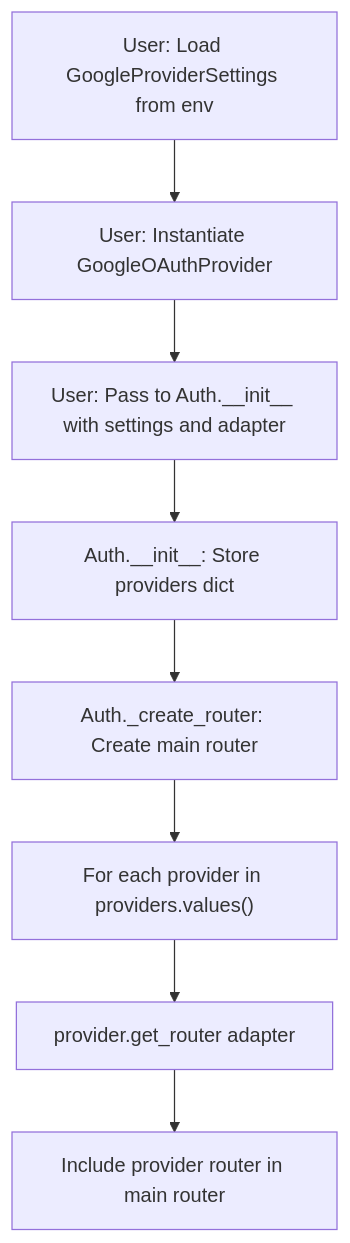
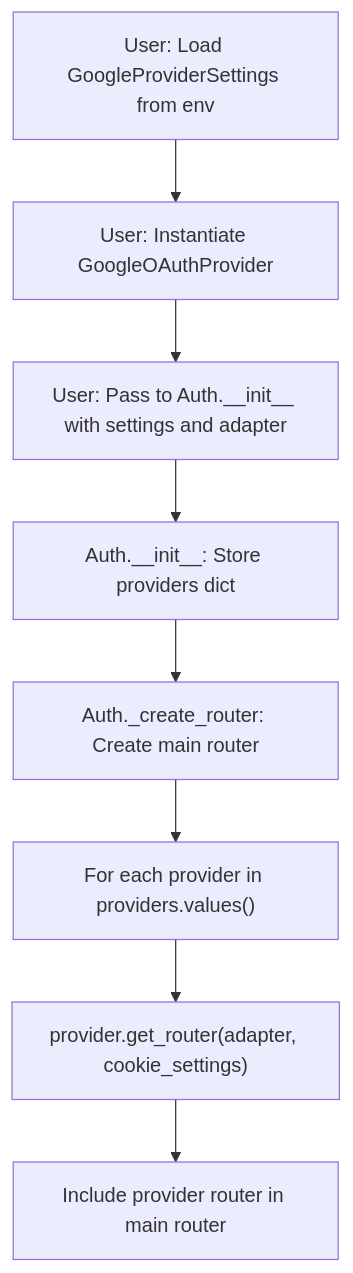
Before and after one commit to mplemay/belgie: the first of 3 diagrams in design/002-generic-oauth-providers.md, drawn with Mermaid. The commit also changed other lines of this file and 7 other files, not shown here.

First line of the commit message:
refactor: move db_dependency to adapter and add cookie_settings to provider protocol

````diff
--- a/design/002-generic-oauth-providers.md
+++ b/design/002-generic-oauth-providers.md
@@ -93,10 +94,10 @@
 ```mermaid
 graph TD
     A["User: Load GoogleProviderSettings from env"] --> B["User: Instantiate GoogleOAuthProvider"]
     B --> C["User: Pass to Auth.__init__ with settings and adapter"]
     C --> D["Auth.__init__: Store providers dict"]
     D --> E["Auth._create_router: Create main router"]
     E --> F["For each provider in providers.values()"]
-    F --> G["provider.get_router adapter"]
+    F --> G["provider.get_router(adapter, cookie_settings)"]
     G --> H["Include provider router in main router"]
 ```
````
